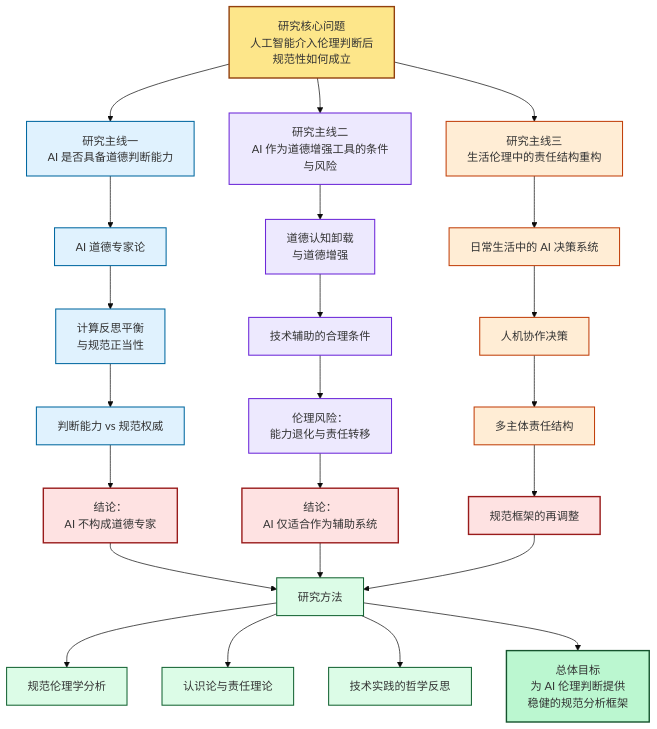
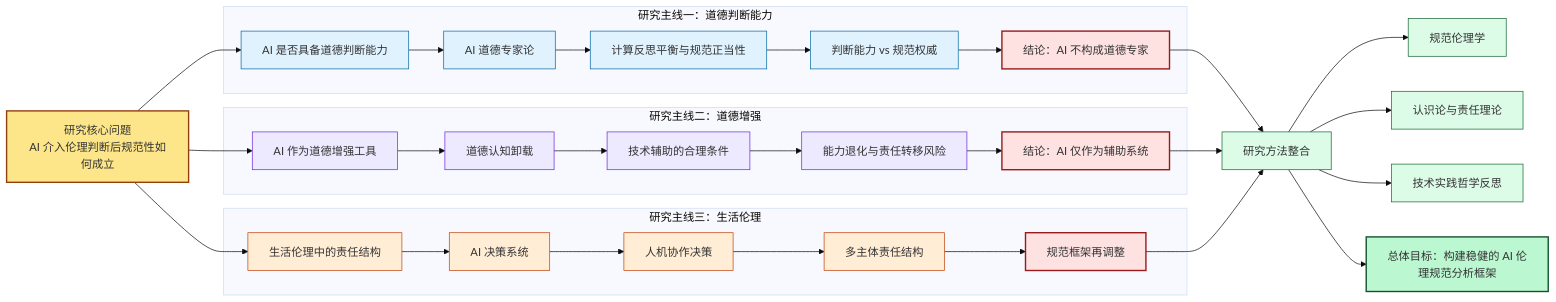
One commit to Wuotanz/ppt changed the second of 2 diagrams in slides.md. Above: the diagram before and after it, drawn with Mermaid (base theme).

````diff
--- a/slides.md
+++ b/slides.md
@@ -226,82 +226,77 @@
 ```mermaid
-flowchart TD
+
+flowchart LR
     %% ======================
     %% 核心问题
     %% ======================
-    A[研究核心问题<br/>人工智能介入伦理判断后<br/>规范性如何成立]
+    A[研究核心问题<br/>AI 介入伦理判断后规范性如何成立]
 
     %% ======================
     %% 三条研究主线
     %% ======================
-    A --> B[研究主线一<br/>AI 是否具备道德判断能力]
-    A --> C[研究主线二<br/>AI 作为道德增强工具的条件与风险]
-    A --> D[研究主线三<br/>生活伦理中的责任结构重构]
+    A --> B
+    A --> C
+    A --> D
+
+    %% ---------- 第一主线 ----------
+    subgraph L1[研究主线一：道德判断能力]
+        B[AI 是否具备道德判断能力]
+        B --> B1[AI 道德专家论]
+        B1 --> B2[计算反思平衡与规范正当性]
+        B2 --> B3[判断能力 vs 规范权威]
+        B3 --> B4[结论：AI 不构成道德专家]
+    end
+
+    %% ---------- 第二主线 ----------
+    subgraph L2[研究主线二：道德增强]
+        C[AI 作为道德增强工具]
+        C --> C1[道德认知卸载]
+        C1 --> C2[技术辅助的合理条件]
+        C2 --> C3[能力退化与责任转移风险]
+        C3 --> C4[结论：AI 仅作为辅助系统]
+    end
+
+    %% ---------- 第三主线 ----------
+    subgraph L3[研究主线三：生活伦理]
+        D[生活伦理中的责任结构]
+        D --> D1[AI 决策系统]
+        D1 --> D2[人机协作决策]
+        D2 --> D3[多主体责任结构]
+        D3 --> D4[规范框架再调整]
+    end
 
     %% ======================
-    %% 第一主线：AI 道德专家论
+    %% 方法与目标
     %% ======================
-    B --> B1[AI 道德专家论]
-    B1 --> B2[计算反思平衡<br/>与规范正当性]
-    B2 --> B3[判断能力 vs 规范权威]
-    B3 --> B4[结论：<br/>AI 不构成道德专家]
-
-    %% ======================
-    %% 第二主线：道德增强与风险
-    %% ======================
-    C --> C1[道德认知卸载<br/>与道德增强]
-    C1 --> C2[技术辅助的合理条件]
-    C2 --> C3[伦理风险：<br/>能力退化与责任转移]
-    C3 --> C4[结论：<br/>AI 仅适合作为辅助系统]
-
-    %% ======================
-    %% 第三主线：责任结构
-    %% ======================
-    D --> D1[日常生活中的 AI 决策系统]
-    D1 --> D2[人机协作决策]
-    D2 --> D3[多主体责任结构]
-    D3 --> D4[规范框架的再调整]
-
-    %% ======================
-    %% 方法论整合
-    %% ======================
-    B4 --> E[研究方法]
+    B4 --> E
     C4 --> E
     D4 --> E
 
-    E --> E1[规范伦理学分析]
+    E[研究方法整合]
+    E --> E1[规范伦理学]
     E --> E2[认识论与责任理论]
-    E --> E3[技术实践的哲学反思]
+    E --> E3[技术实践哲学反思]
+
+    E --> F[总体目标：构建稳健的 AI 伦理规范分析框架]
 
     %% ======================
-    %% 总体目标
-    %% ======================
-    E --> F[总体目标<br/>为 AI 伦理判断提供<br/>稳健的规范分析框架]
-
-    %% ======================
-    %% 样式定义
+    %% 样式
     %% ======================
     classDef core fill:#fde68a,stroke:#92400e,stroke-width:2px;
-    classDef line1 fill:#e0f2fe,stroke:#0369a1,stroke-width:1.5px;
-    classDef line2 fill:#ede9fe,stroke:#6d28d9,stroke-width:1.5px;
-    classDef line3 fill:#ffedd5,stroke:#c2410c,stroke-width:1.5px;
+    classDef line1 fill:#e0f2fe,stroke:#0369a1;
+    classDef line2 fill:#ede9fe,stroke:#6d28d9;
+    classDef line3 fill:#ffedd5,stroke:#c2410c;
     classDef conclusion fill:#fee2e2,stroke:#991b1b,stroke-width:2px;
-    classDef method fill:#dcfce7,stroke:#166534,stroke-width:1.5px;
+    classDef method fill:#dcfce7,stroke:#166534;
     classDef goal fill:#bbf7d0,stroke:#14532d,stroke-width:2px;
 
-    %% ======================
-    %% 样式应用
-    %% ======================
     class A core
-
     class B,B1,B2,B3 line1
     class B4 conclusion
-
     class C,C1,C2,C3 line2
     class C4 conclusion
-
     class D,D1,D2,D3 line3
     class D4 conclusion
-
     class E,E1,E2,E3 method
     class F goal
 ```
````
